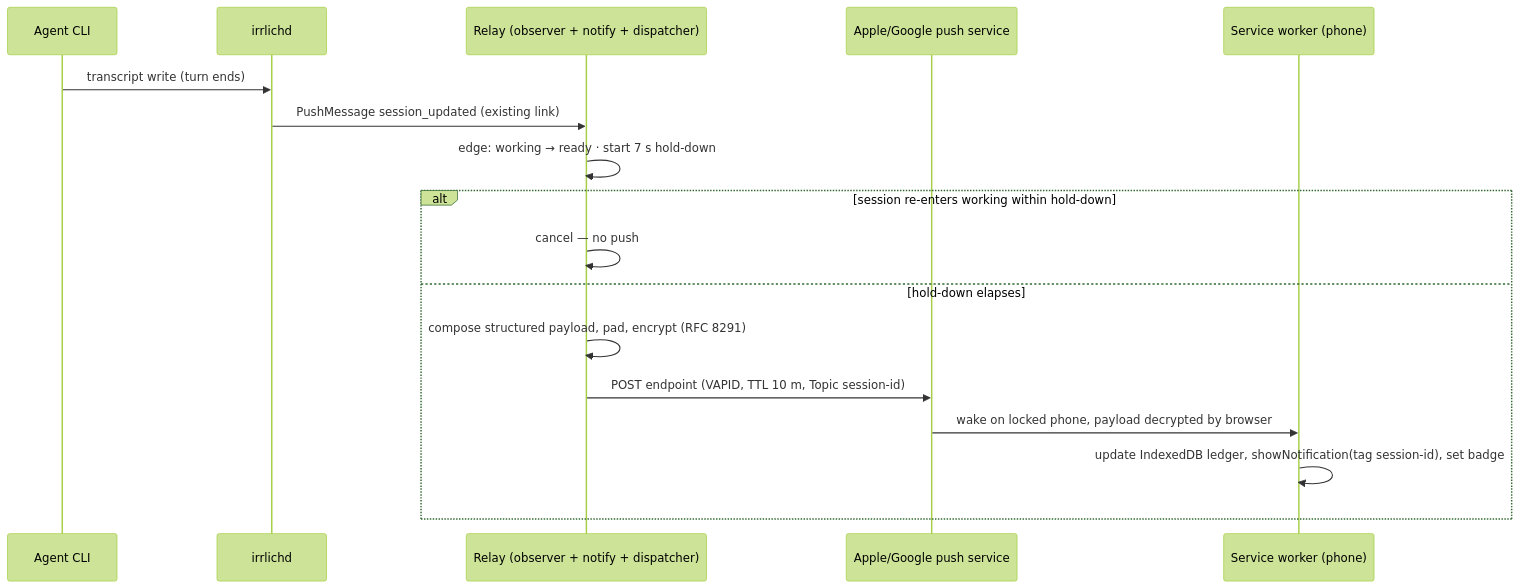
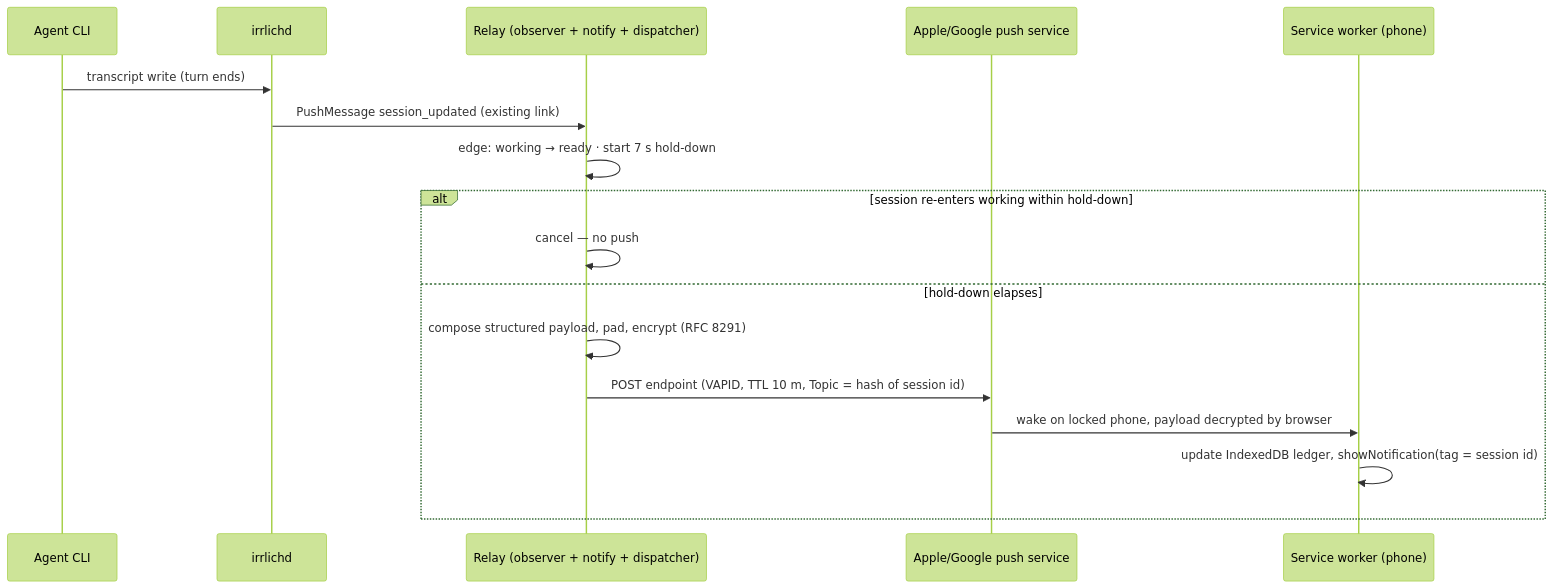
One commit to ingo-eichhorst/Irrlicht changed the fourth of 5 diagrams in docs/mobile-notifications-arc42.md. Above: the diagram before and after it, drawn with Mermaid (forest theme). The commit also changed other lines of this file, not shown here.

````diff
--- a/docs/mobile-notifications-arc42.md
+++ b/docs/mobile-notifications-arc42.md
@@ -193,20 +204,20 @@
 ```mermaid
 sequenceDiagram
     participant AG as Agent CLI
     participant DM as irrlichd
     participant R as Relay (observer + notify + dispatcher)
     participant P as Apple/Google push service
     participant SW as Service worker (phone)
 
     AG->>DM: transcript write (turn ends)
     DM->>R: PushMessage session_updated (existing link)
     R->>R: edge: working → ready · start 7 s hold-down
     alt session re-enters working within hold-down
         R->>R: cancel — no push
     else hold-down elapses
         R->>R: compose structured payload, pad, encrypt (RFC 8291)
-        R->>P: POST endpoint (VAPID, TTL 10 m, Topic session-id)
+        R->>P: POST endpoint (VAPID, TTL 10 m, Topic = hash of session id)
         P->>SW: wake on locked phone, payload decrypted by browser
-        SW->>SW: update IndexedDB ledger, showNotification(tag session-id), set badge
+        SW->>SW: update IndexedDB ledger, showNotification(tag = session id)
     end
 ```
````
